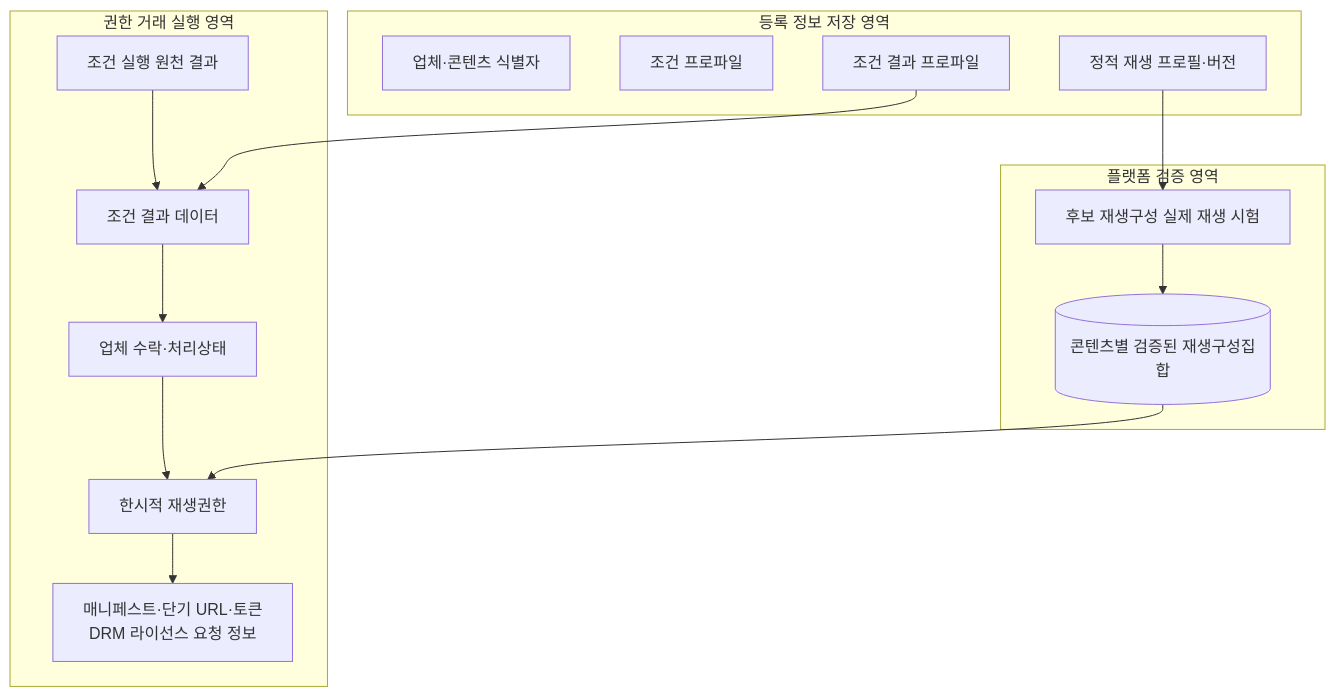
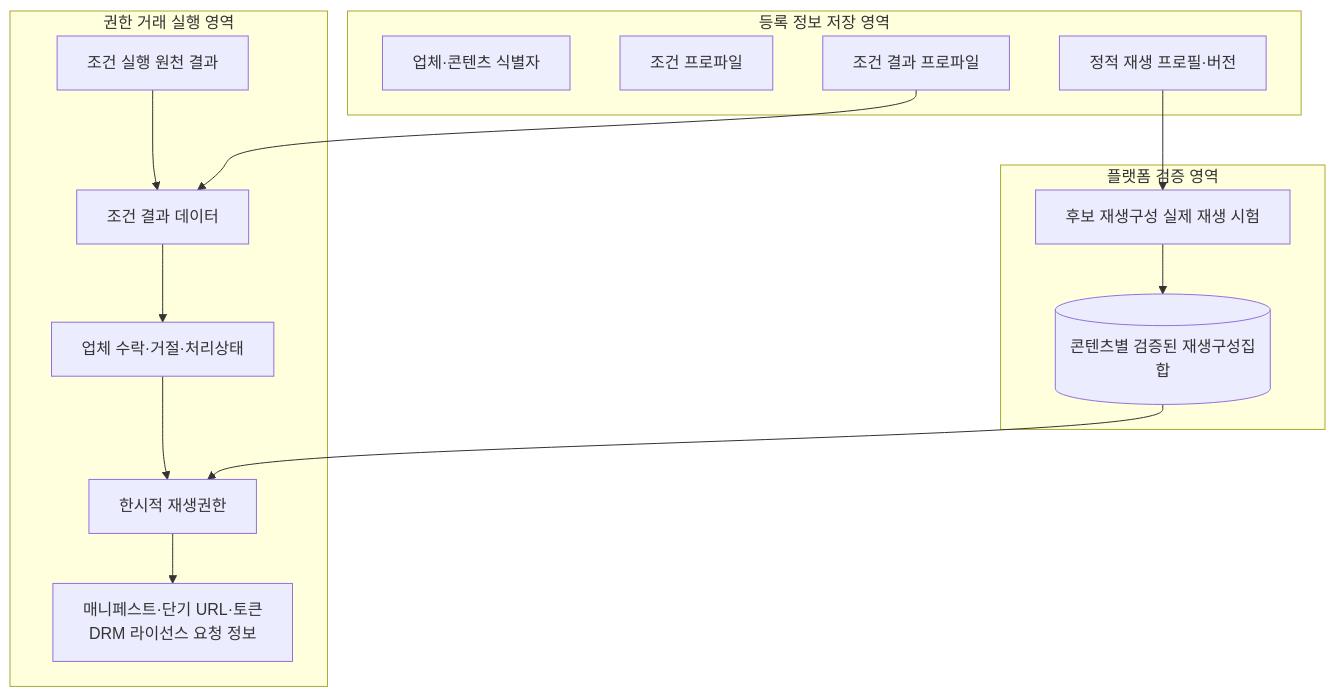
Before and after one commit to growdai1y/instant-play: the eighth of 11 diagrams in instant_play_직무발명서_가독성개선본.md, drawn with Mermaid. The commit also changed other lines of this file and 1 other file, not shown here.

````diff
--- a/instant_play_직무발명서_가독성개선본.md
+++ b/instant_play_직무발명서_가독성개선본.md
@@ -510,28 +664,28 @@
 ```mermaid
 flowchart TB
     subgraph STATIC["등록 정보 저장 영역"]
         A["업체·콘텐츠 식별자"]
         B["조건 프로파일"]
         C["조건 결과 프로파일"]
         D["정적 재생 프로필·버전"]
     end
 
     subgraph VERIFIED["플랫폼 검증 영역"]
         E["후보 재생구성 실제 재생 시험"]
         F[("콘텐츠별 검증된 재생구성집합")]
         E --> F
     end
 
     subgraph DYNAMIC["권한 거래 실행 영역"]
         G["조건 실행 원천 결과"]
         H["조건 결과 데이터"]
-        I["업체 수락·처리상태"]
+        I["업체 수락·거절·처리상태"]
         J["한시적 재생권한"]
         K["매니페스트·단기 URL·토큰<br/>DRM 라이선스 요청 정보"]
         G --> H --> I --> J --> K
     end
 
     D --> E
     C --> H
     F --> J
 ```
````
